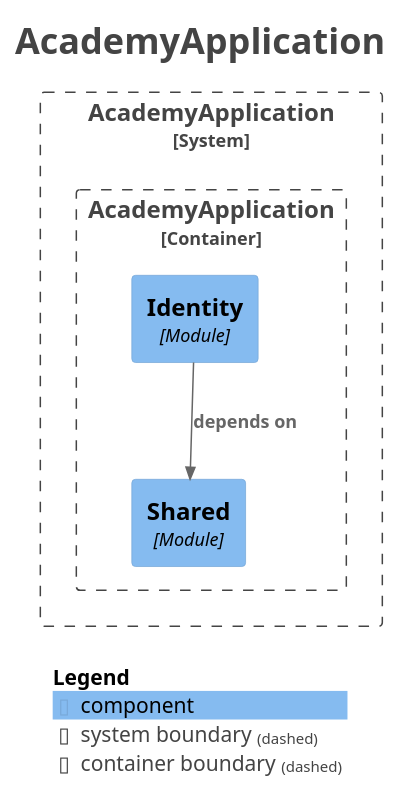
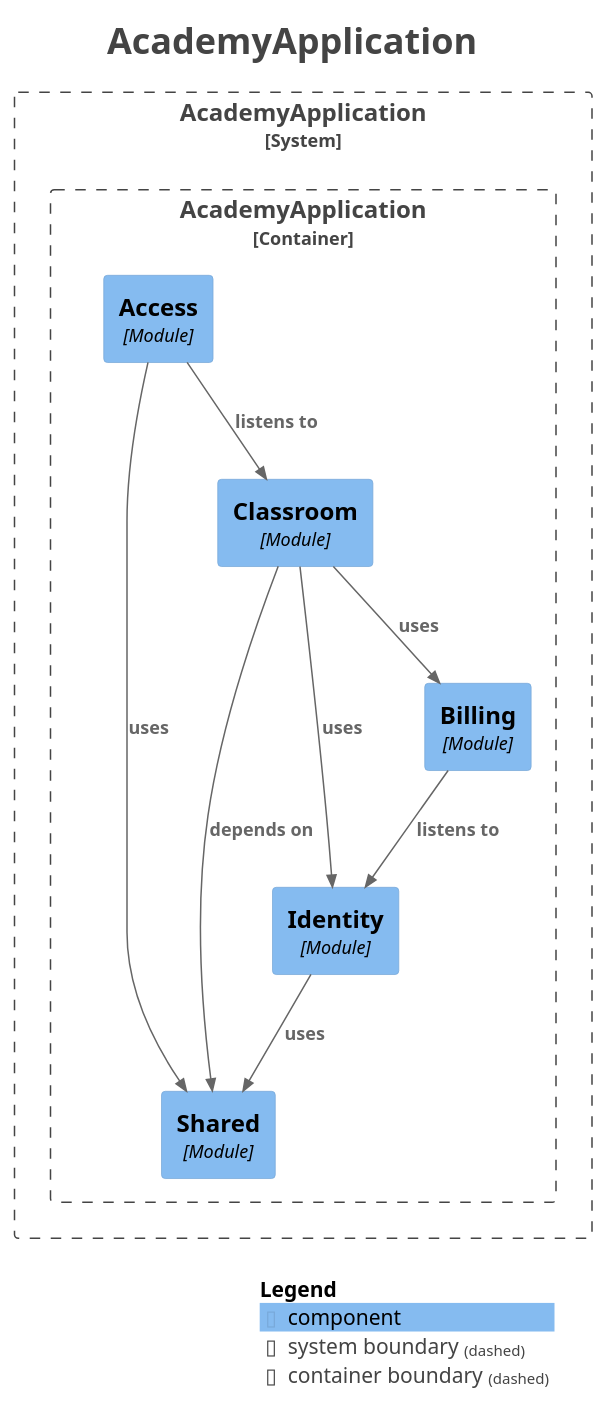
Before and after one commit to josevictorgarcia/chinesereads-academy: the diagram in docs/arquitectura/generado/components.puml, drawn with PlantUML. The commit also changed 70 other files, not shown here.

```diff
--- a/docs/arquitectura/generado/components.puml
+++ b/docs/arquitectura/generado/components.puml
@@ -1,30 +1,39 @@
 @startuml
 title <size:24>AcademyApplication</size>
 
 set separator none
 top to bottom direction
 
 <style>
   root {
     BackgroundColor: #ffffff
     FontColor: #444444
   }
 </style>
 
 !include <C4/C4>
 !include <C4/C4_Context>
 !include <C4/C4_Component>
 
 System_Boundary("AcademyApplication_boundary", "AcademyApplication", $tags="") {
   Container_Boundary("AcademyApplication.AcademyApplication_boundary", "AcademyApplication", $tags="") {
     Component(AcademyApplication.AcademyApplication.Shared, "Shared", $techn="Module", $descr="", $tags="", $link="")
     Component(AcademyApplication.AcademyApplication.Identity, "Identity", $techn="Module", $descr="", $tags="", $link="")
+    Component(AcademyApplication.AcademyApplication.Billing, "Billing", $techn="Module", $descr="", $tags="", $link="")
+    Component(AcademyApplication.AcademyApplication.Classroom, "Classroom", $techn="Module", $descr="", $tags="", $link="")
+    Component(AcademyApplication.AcademyApplication.Access, "Access", $techn="Module", $descr="", $tags="", $link="")
   }
 
 }
 
-Rel(AcademyApplication.AcademyApplication.Identity, AcademyApplication.AcademyApplication.Shared, "depends on", $techn="", $tags="", $link="")
+Rel(AcademyApplication.AcademyApplication.Access, AcademyApplication.AcademyApplication.Classroom, "listens to", $techn="", $tags="", $link="")
+Rel(AcademyApplication.AcademyApplication.Access, AcademyApplication.AcademyApplication.Shared, "uses", $techn="", $tags="", $link="")
+Rel(AcademyApplication.AcademyApplication.Identity, AcademyApplication.AcademyApplication.Shared, "uses", $techn="", $tags="", $link="")
+Rel(AcademyApplication.AcademyApplication.Classroom, AcademyApplication.AcademyApplication.Shared, "depends on", $techn="", $tags="", $link="")
+Rel(AcademyApplication.AcademyApplication.Classroom, AcademyApplication.AcademyApplication.Billing, "uses", $techn="", $tags="", $link="")
+Rel(AcademyApplication.AcademyApplication.Classroom, AcademyApplication.AcademyApplication.Identity, "uses", $techn="", $tags="", $link="")
+Rel(AcademyApplication.AcademyApplication.Billing, AcademyApplication.AcademyApplication.Identity, "listens to", $techn="", $tags="", $link="")
 
 SHOW_LEGEND(true)
 hide stereotypes
 @enduml
```
